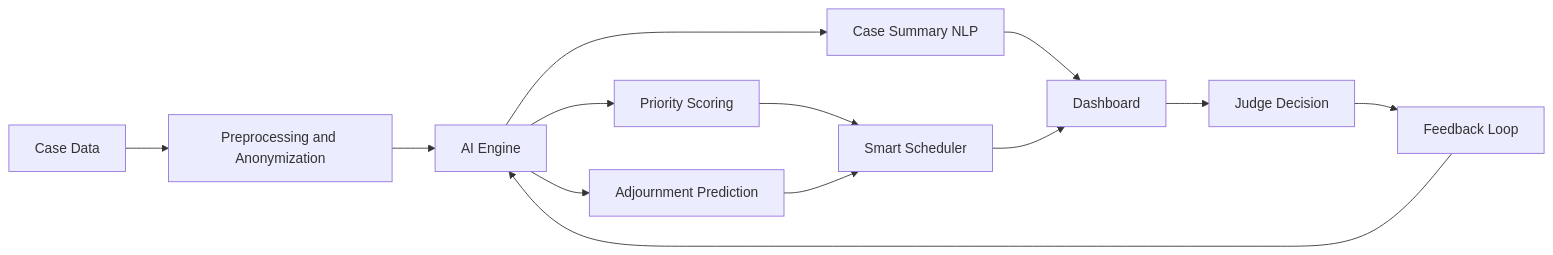
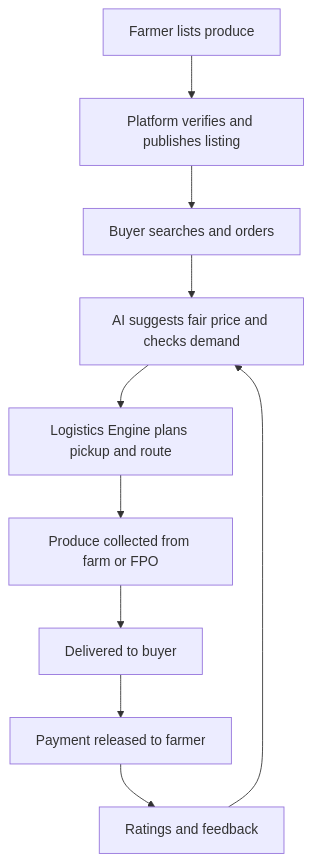
The third of 5 diagrams in README.md (IkarusFell/Smart-India-Hackathon), drawn with Mermaid before and after one commit. The commit also changed other lines of this file, not shown here.

````diff
--- a/README.md
+++ b/README.md
@@ -77,15 +88,12 @@
 ```mermaid
-flowchart LR
-    A[Case Data] --> B[Preprocessing and Anonymization]
-    B --> C[AI Engine]
-    C --> C1[Priority Scoring]
-    C --> C2[Adjournment Prediction]
-    C --> C3[Case Summary NLP]
-    C1 --> D[Smart Scheduler]
-    C2 --> D
-    C3 --> E[Dashboard]
-    D --> E
-    E --> F[Judge Decision]
-    F --> G[Feedback Loop]
-    G --> C
+flowchart TD
+    A[Farmer lists produce] --> B[Platform verifies and publishes listing]
+    B --> C[Buyer searches and orders]
+    C --> D[AI suggests fair price and checks demand]
+    D --> E[Logistics Engine plans pickup and route]
+    E --> F[Produce collected from farm or FPO]
+    F --> G[Delivered to buyer]
+    G --> H[Payment released to farmer]
+    H --> I[Ratings and feedback]
+    I --> D
 ```
````
